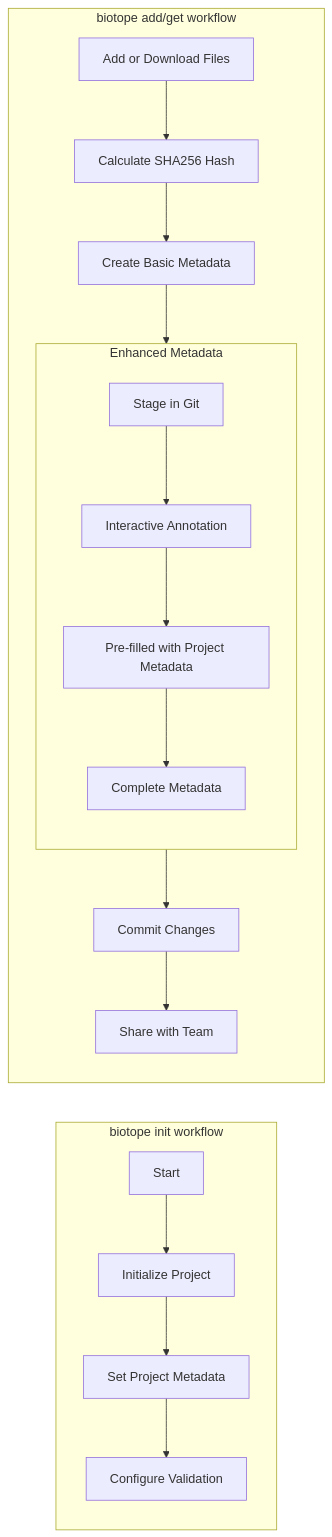
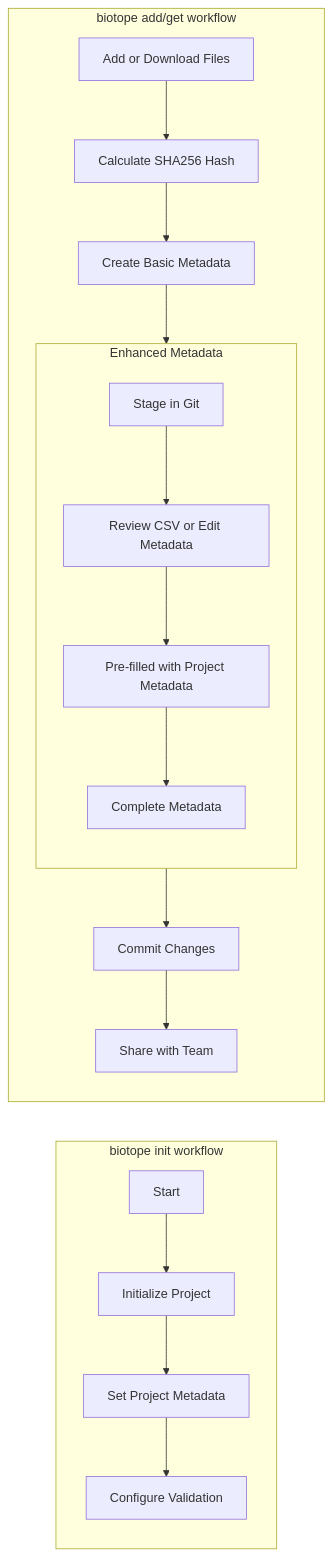
The diagram in docs/learn/tutorials/index.md (biocypher/biotope), drawn with Mermaid before and after one commit. The commit also changed other lines of this file and 26 other files, not shown here.

````diff
--- a/docs/learn/tutorials/index.md
+++ b/docs/learn/tutorials/index.md
@@ -12,26 +12,26 @@
 ```mermaid
 graph LR
     subgraph "biotope init workflow"
         direction TB
         A[Start] --> B[Initialize Project]
         B --> C[Set Project Metadata]
         C --> D[Configure Validation]
     end
     
     subgraph "biotope add/get workflow"
         direction TB
         E[Add or Download Files] --> F[Calculate SHA256 Hash]
         F --> G[Create Basic Metadata]
         G --> H[Stage in Git]
         
         subgraph "Enhanced Metadata"
             direction TB
-            H --> I[Interactive Annotation]
+            H --> I[Review CSV or Edit Metadata]
             I --> J[Pre-filled with Project Metadata]
             J --> K[Complete Metadata]
         end
         
         K --> L[Commit Changes]
         L --> M[Share with Team]
     end
 ```
````
